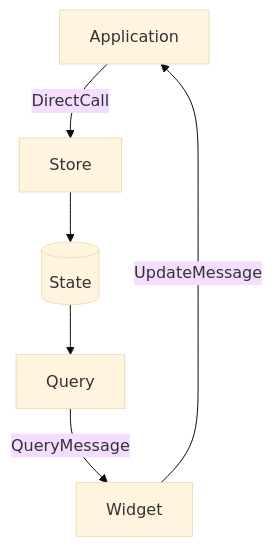
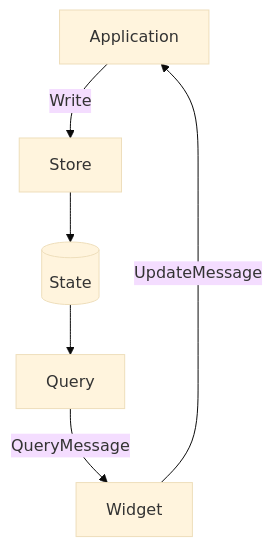
The first of 2 diagrams in text/0000-shared-widget-state.md (iced-rs/rfcs), drawn with Mermaid (base theme) before and after one commit. The commit also changed other lines of this file, not shown here.

````diff
--- a/text/0000-shared-widget-state.md
+++ b/text/0000-shared-widget-state.md
@@ -39,8 +39,8 @@
 ```mermaid
   graph TD;
-    Application--DirectCall-->Store;
+    Application--Write-->Store;
     Store-->State[(State)];
     Query--QueryMessage-->Widget
     Widget--UpdateMessage-->Application;
     State-->Query;
 ```
````
